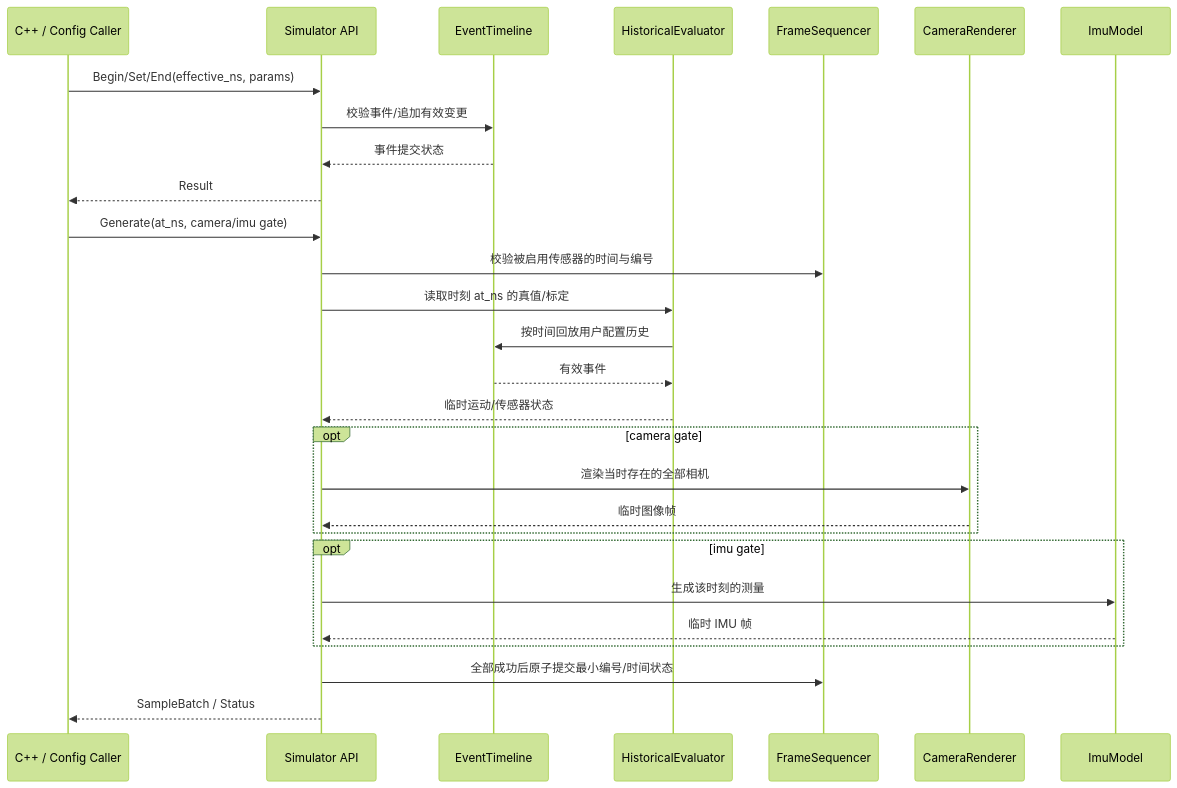
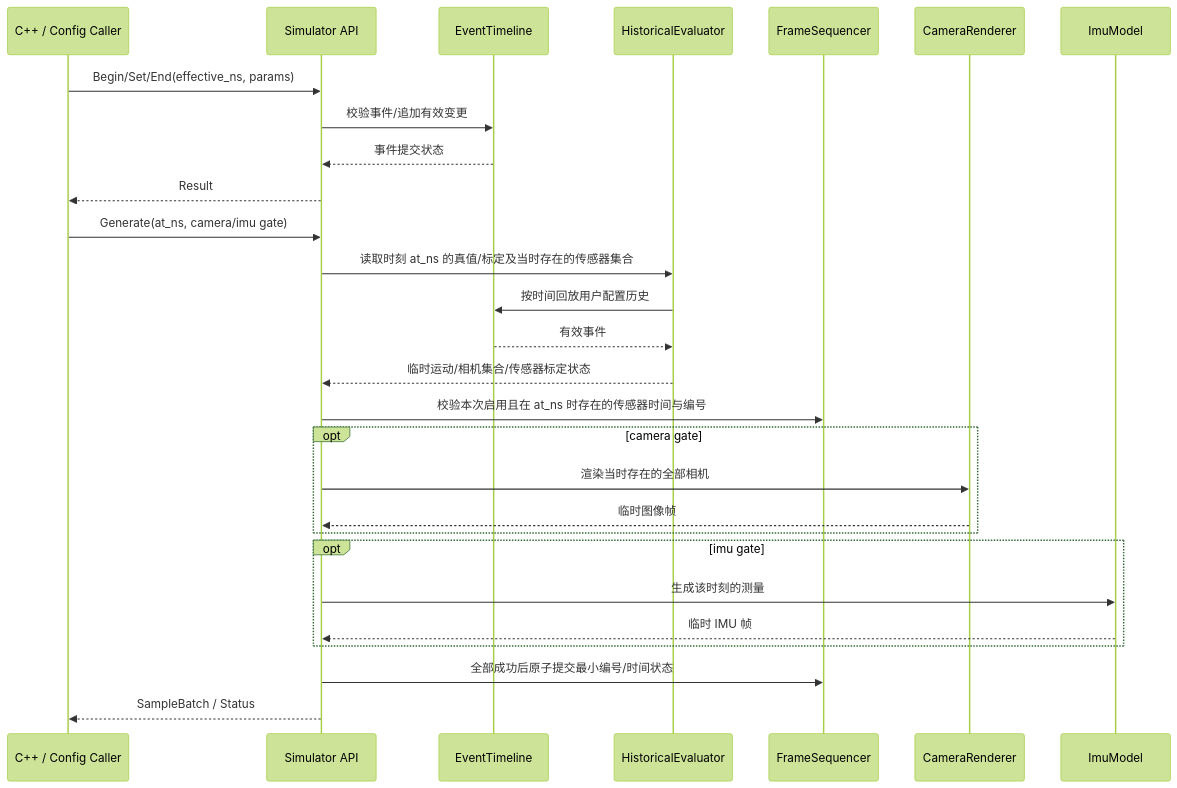
Before and after one commit to ncut-d1z/VisualSim: the second of 4 diagrams in docs/HLD.md, drawn with Mermaid (forest theme). The commit also changed other lines of this file and 5 other files, not shown here.

```diff
--- a/docs/HLD.md
+++ b/docs/HLD.md
@@ -88,30 +88,30 @@
 ~~~mermaid
 sequenceDiagram
     participant Caller as C++ / Config Caller
     participant API as Simulator API
     participant Timeline as EventTimeline
     participant Eval as HistoricalEvaluator
     participant Seq as FrameSequencer
     participant Cam as CameraRenderer
     participant IMU as ImuModel
     Caller->>API: Begin/Set/End(effective_ns, params)
     API->>Timeline: 校验事件/追加有效变更
     Timeline-->>API: 事件提交状态
     API-->>Caller: Result
     Caller->>API: Generate(at_ns, camera/imu gate)
-    API->>Seq: 校验被启用传感器的时间与编号
-    API->>Eval: 读取时刻 at_ns 的真值/标定
+    API->>Eval: 读取时刻 at_ns 的真值/标定及当时存在的传感器集合
     Eval->>Timeline: 按时间回放用户配置历史
     Timeline-->>Eval: 有效事件
-    Eval-->>API: 临时运动/传感器状态
+    Eval-->>API: 临时运动/相机集合/传感器标定状态
+    API->>Seq: 校验本次启用且在 at_ns 时存在的传感器时间与编号
     opt camera gate
         API->>Cam: 渲染当时存在的全部相机
         Cam-->>API: 临时图像帧
     end
     opt imu gate
         API->>IMU: 生成该时刻的测量
         IMU-->>API: 临时 IMU 帧
     end
     API->>Seq: 全部成功后原子提交最小编号/时间状态
     API-->>Caller: SampleBatch / Status
 ~~~
```
